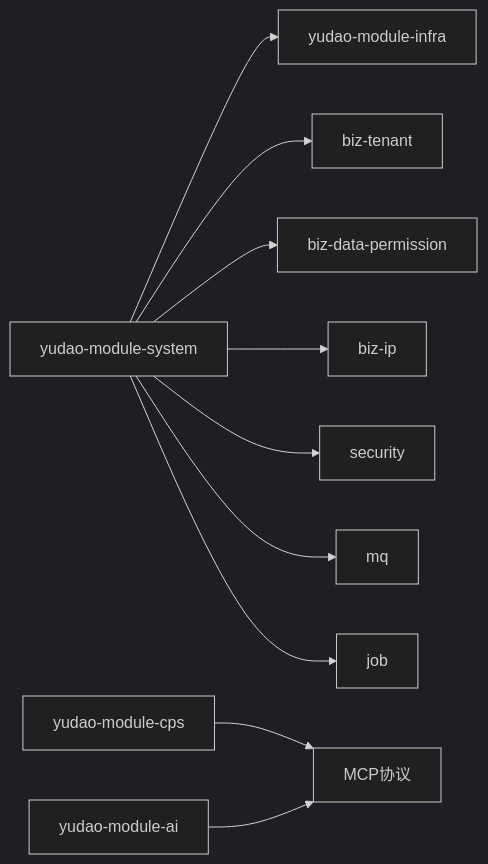
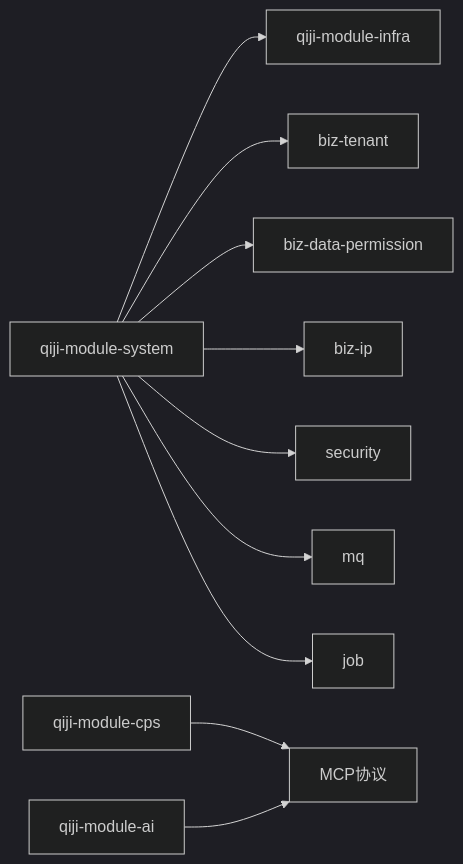
The eighth of 8 diagrams in backend/.qoder/repowiki/zh/content/系统架构设计/整体架构概览.md (zhuangpengLI/AgenticCPS), drawn with Mermaid (dark theme) before and after one commit. The commit also changed other lines of this file and 3489 other files, not shown here.

````diff
--- a/backend/.qoder/repowiki/zh/content/系统架构设计/整体架构概览.md
+++ b/backend/.qoder/repowiki/zh/content/系统架构设计/整体架构概览.md
@@ -361,12 +361,12 @@
 ```mermaid
 graph LR
-Sys["yudao-module-system"] --> Infra["yudao-module-infra"]
+Sys["qiji-module-system"] --> Infra["qiji-module-infra"]
 Sys --> BizTenant["biz-tenant"]
 Sys --> BizPerm["biz-data-permission"]
 Sys --> BizIP["biz-ip"]
 Sys --> Sec["security"]
 Sys --> MQ["mq"]
 Sys --> Job["job"]
-CPS["yudao-module-cps"] --> MCP["MCP协议"]
-AI["yudao-module-ai"] --> MCP
+CPS["qiji-module-cps"] --> MCP["MCP协议"]
+AI["qiji-module-ai"] --> MCP
 ```
````
